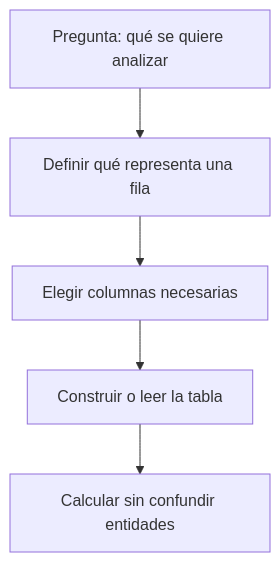
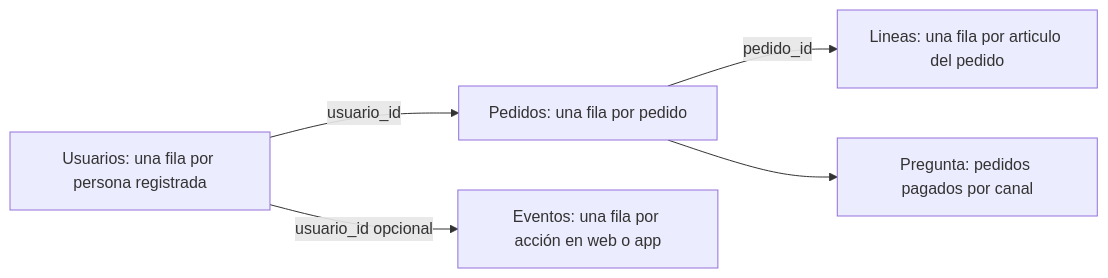
Before and after one commit to Ayhur/CursoAnalista: the fourth of 35 diagrams in dist/markdown/temario-completo.md, drawn with Mermaid. The commit also changed other lines of this file and 15 other files, not shown here.

````diff
--- a/dist/markdown/temario-completo.md
+++ b/dist/markdown/temario-completo.md
@@ -307,7 +277,7 @@
 ```mermaid
-flowchart TD
-    A[Pregunta: qué se quiere analizar] --> B[Definir qué representa una fila]
-    B --> C[Elegir columnas necesarias]
-    C --> D[Construir o leer la tabla]
-    D --> E[Calcular sin confundir entidades]
+flowchart LR
+    U[Usuarios: una fila por persona registrada] -->|usuario_id| P[Pedidos: una fila por pedido]
+    P -->|pedido_id| L[Lineas: una fila por articulo del pedido]
+    U -->|usuario_id opcional| E[Eventos: una fila por acción en web o app]
+    P --> R[Pregunta: pedidos pagados por canal]
 ```
````
